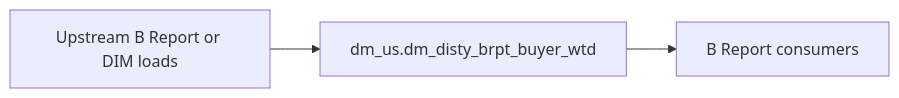
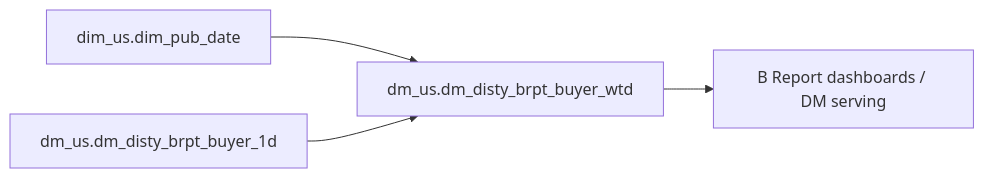
The diagram in backend/defaults/b_report/workspace/target/knowledgebase/b-report-us/dm_disty_brpt_buyer_wtd.md (chengduhaha/data_agent), drawn with Mermaid before and after one commit. The commit also changed other lines of this file and 1108 other files, not shown here.

````diff
--- a/backend/defaults/b_report/workspace/target/knowledgebase/b-report-us/dm_disty_brpt_buyer_wtd.md
+++ b/backend/defaults/b_report/workspace/target/knowledgebase/b-report-us/dm_disty_brpt_buyer_wtd.md
@@ -152,8 +271,10 @@
 ```mermaid
 flowchart LR
-  upstream[Upstream B Report or DIM loads]
-  tgt["dm_us.dm_disty_brpt_buyer_wtd"]
-  brpt[B Report consumers]
-  upstream --> tgt
-  tgt --> brpt
+  dm_us_dm_disty_brpt_buyer_wtd["dm_us.dm_disty_brpt_buyer_wtd"]
+  src0["dim_us.dim_pub_date"]
+  src0 --> dm_us_dm_disty_brpt_buyer_wtd
+  src1["dm_us.dm_disty_brpt_buyer_1d"]
+  src1 --> dm_us_dm_disty_brpt_buyer_wtd
+  consumers["B Report dashboards / DM serving"]
+  dm_us_dm_disty_brpt_buyer_wtd --> consumers
 ```
````
